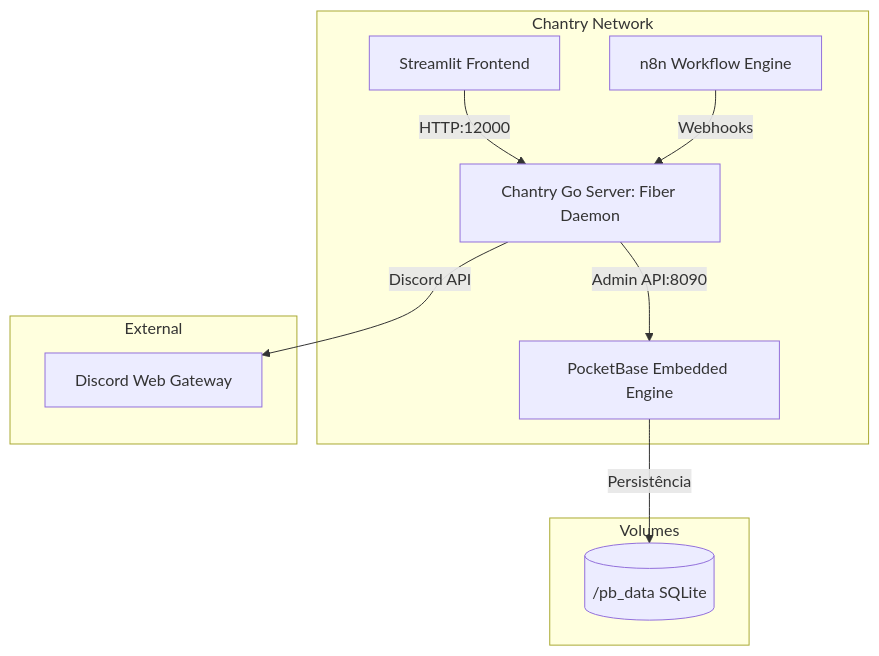
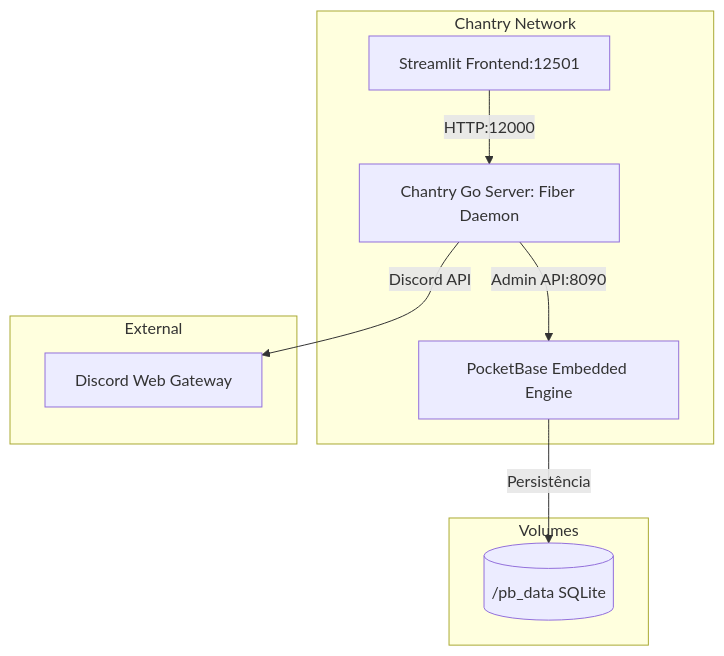
The diagram in docs/report_0518.md (CaioFaSoares/Chantry), drawn with Mermaid before and after one commit. The commit also changed other lines of this file and 2 other files, not shown here.

Commit message:
refactor: improve response structure in infrastructure provisioning and update documentation for the new embedded PocketBase architecture.

````diff
--- a/docs/report_0518.md
+++ b/docs/report_0518.md
@@ -15,17 +15,15 @@
 ```mermaid
 graph TD
     subgraph Docker Network [Chantry Network]
-        Streamlit[Streamlit Frontend] -->|HTTP:12000| GoServer[Chantry Go Server: Fiber Daemon]
+        Streamlit[Streamlit Frontend:12501] -->|HTTP:12000| GoServer[Chantry Go Server: Fiber Daemon]
         GoServer -->|Admin API:8090| PocketBase[PocketBase Embedded Engine]
-        
-        n8n[n8n Workflow Engine] -->|Webhooks| GoServer
     end
     
     subgraph Volumes
         PocketBase -->|Persistência| pb_data[(/pb_data SQLite)]
     end
     
     subgraph External
         GoServer -->|Discord API| Discord[Discord Web Gateway]
     end
 ```
````
